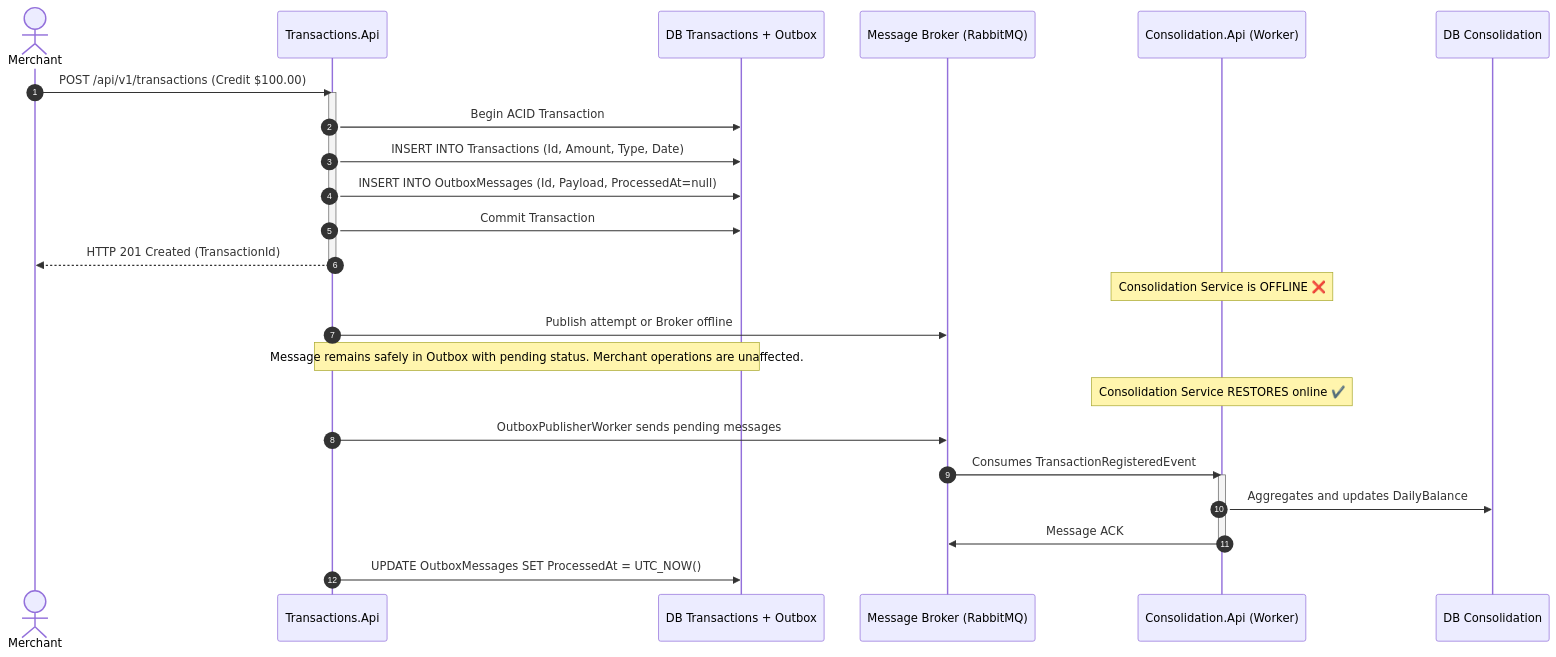
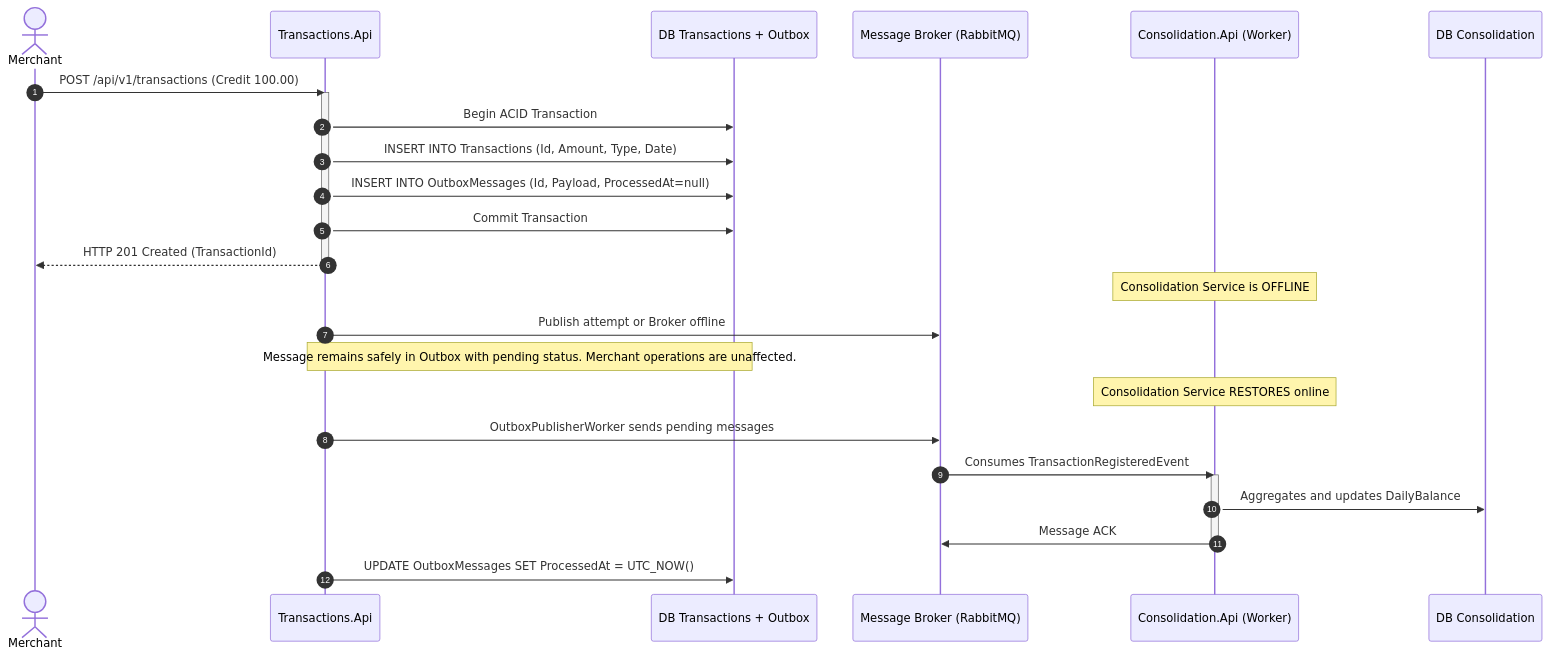
The second of 2 diagrams in .specs/features/fluxo-caixa-consolidado/design.md (MoisesAlvarenga/CashFlow), drawn with Mermaid before and after one commit. The commit also changed other lines of this file and 1 other file, not shown here.

Commit message:
fix(docs): format Mermaid diagrams with strict GitHub-compliant syntax

````diff
--- a/.specs/features/fluxo-caixa-consolidado/design.md
+++ b/.specs/features/fluxo-caixa-consolidado/design.md
@@ -70,33 +70,33 @@
 ```mermaid
 sequenceDiagram
     autonumber
     actor Merchant as Merchant
     participant API as Transactions.Api
     participant DB1 as DB Transactions + Outbox
     participant Bus as Message Broker (RabbitMQ)
     participant Cons as Consolidation.Api (Worker)
     participant DB2 as DB Consolidation
 
-    Merchant->>API: POST /api/v1/transactions (Credit $100.00)
+    Merchant->>API: POST /api/v1/transactions (Credit 100.00)
     activate API
     API->>DB1: Begin ACID Transaction
     API->>DB1: INSERT INTO Transactions (Id, Amount, Type, Date)
     API->>DB1: INSERT INTO OutboxMessages (Id, Payload, ProcessedAt=null)
     API->>DB1: Commit Transaction
     API-->>Merchant: HTTP 201 Created (TransactionId)
     deactivate API
 
-    Note over Cons: Consolidation Service is OFFLINE ❌
+    Note over Cons: Consolidation Service is OFFLINE
     
     API->>Bus: Publish attempt or Broker offline
     Note over API,DB1: Message remains safely in Outbox with pending status. Merchant operations are unaffected.
 
-    Note over Cons: Consolidation Service RESTORES online ✔️
+    Note over Cons: Consolidation Service RESTORES online
     API->>Bus: OutboxPublisherWorker sends pending messages
     Bus->>Cons: Consumes TransactionRegisteredEvent
     activate Cons
     Cons->>DB2: Aggregates and updates DailyBalance
     Cons->>Bus: Message ACK
     deactivate Cons
     API->>DB1: UPDATE OutboxMessages SET ProcessedAt = UTC_NOW()
 ```
````
